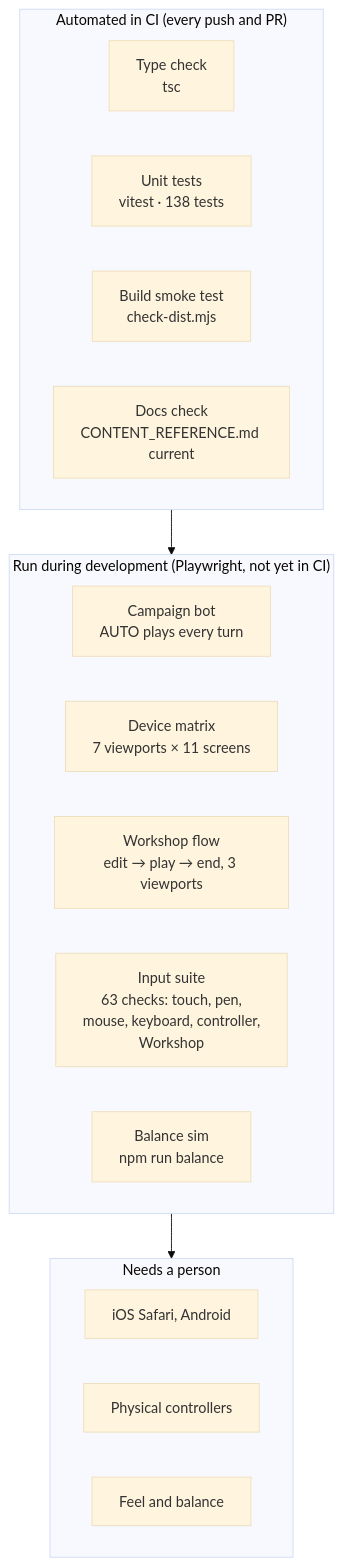
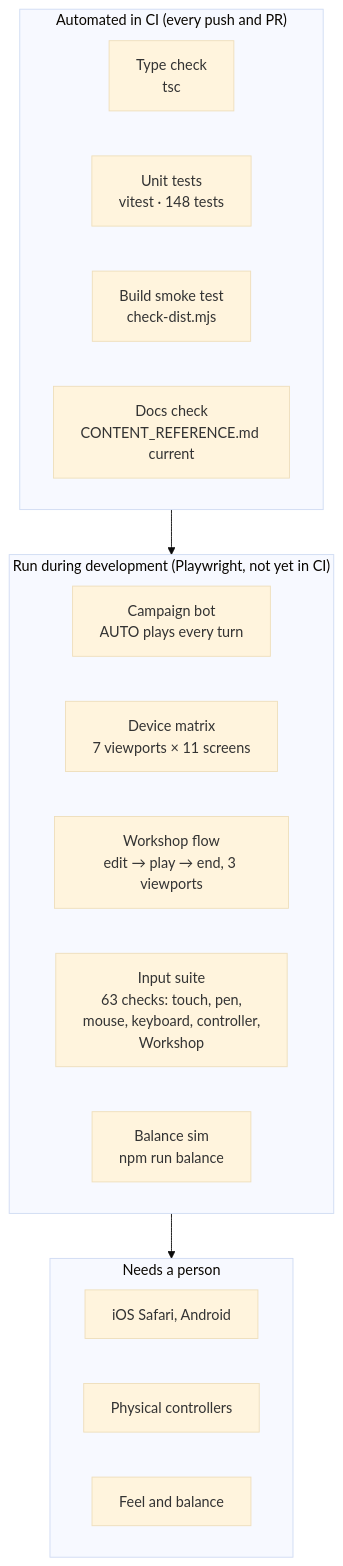
One commit to CptNope/Chess-RPG-Tactics changed the diagram in docs/TESTING.md. Above: the diagram before and after it, drawn with Mermaid (base theme). The commit also changed other lines of this file and 23 other files, not shown here.

````diff
--- a/docs/TESTING.md
+++ b/docs/TESTING.md
@@ -9,22 +9,22 @@
 ```mermaid
 flowchart TB
     subgraph Auto["Automated in CI (every push and PR)"]
         T1["Type check<br/>tsc"]
-        T2["Unit tests<br/>vitest · 138 tests"]
+        T2["Unit tests<br/>vitest · 148 tests"]
         T3["Build smoke test<br/>check-dist.mjs"]
         T4["Docs check<br/>CONTENT_REFERENCE.md current"]
     end
     subgraph Dev["Run during development (Playwright, not yet in CI)"]
         P1["Campaign bot<br/>AUTO plays every turn"]
         P2["Device matrix<br/>7 viewports × 11 screens"]
         P4["Workshop flow<br/>edit → play → end, 3 viewports"]
         P3["Input suite<br/>63 checks: touch, pen,<br/>mouse, keyboard, controller,<br/>Workshop"]
         P5["Balance sim<br/>npm run balance"]
     end
     subgraph Human["Needs a person"]
         H1["iOS Safari, Android"]
         H2["Physical controllers"]
         H3["Feel and balance"]
     end
     Auto --> Dev --> Human
 ```
````
